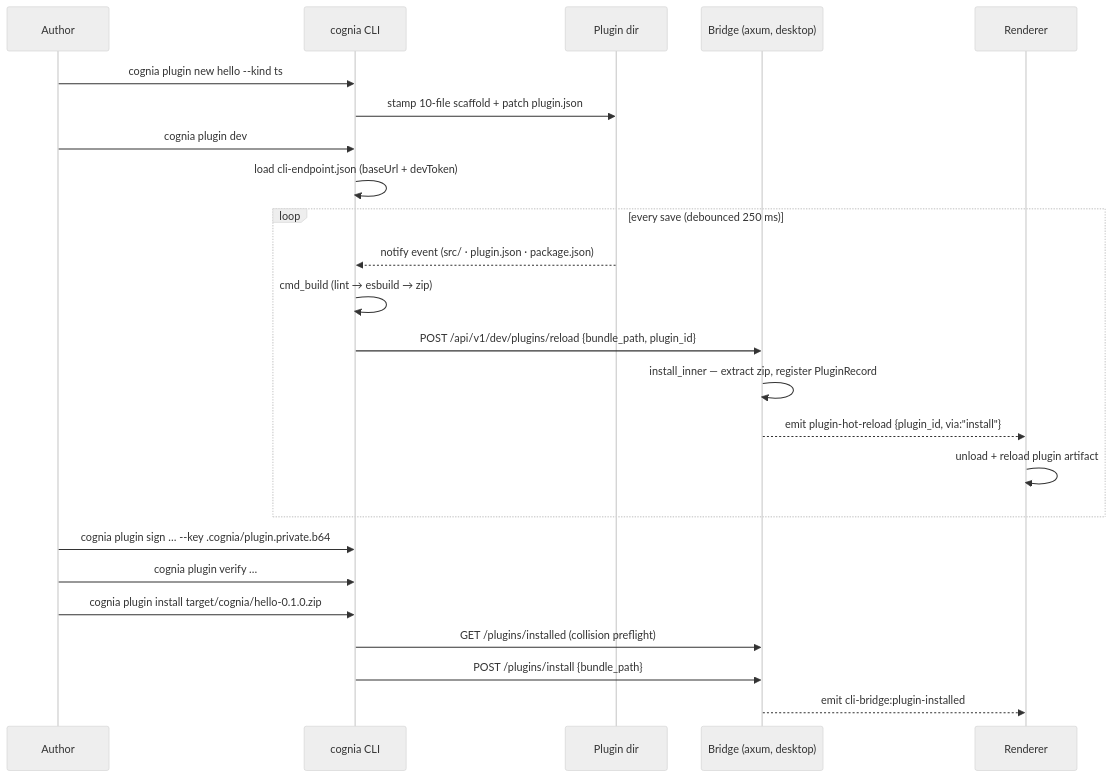
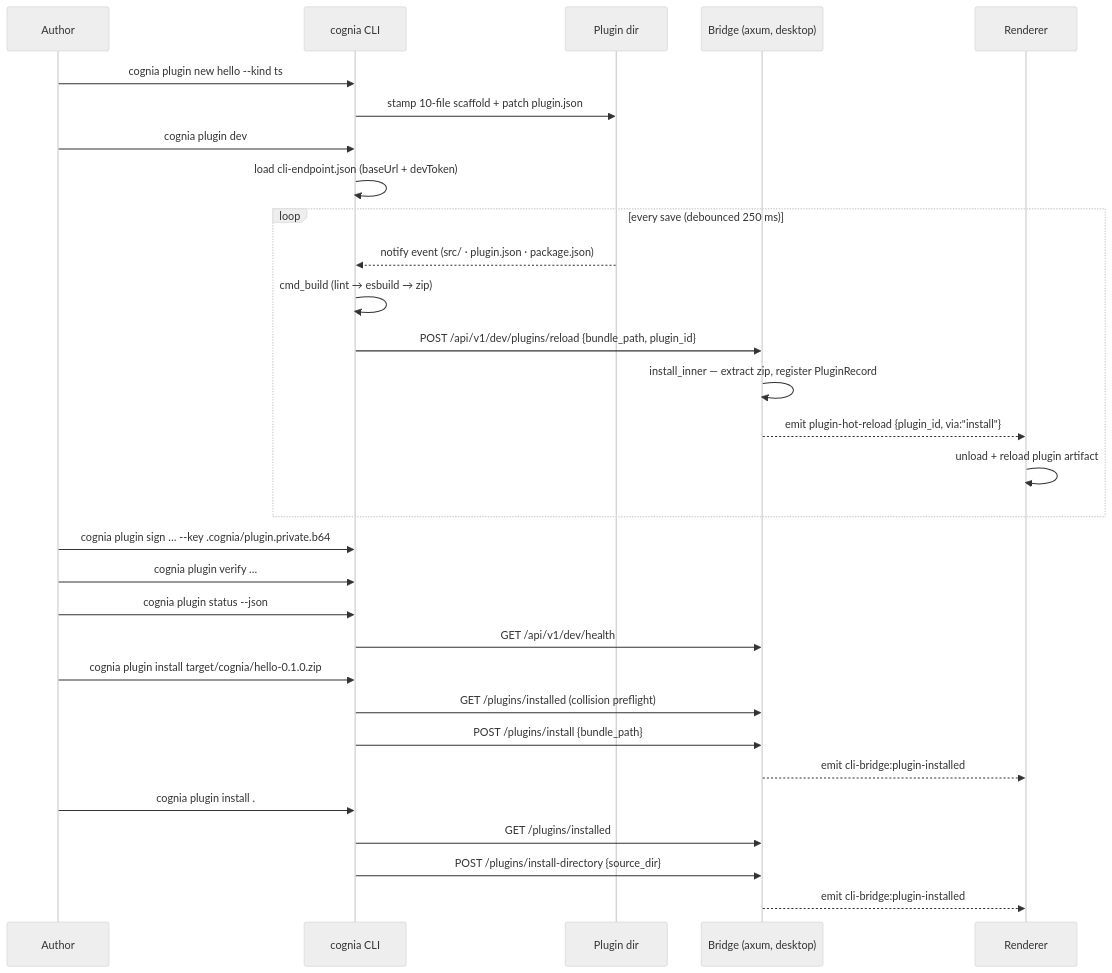
One commit to MaxQian888/cognia-next changed the second of 2 diagrams in docs/content/docs/zh/subsystems/cognia-cli/index.mdx. Above: the diagram before and after it, drawn with Mermaid (neutral theme). The commit also changed other lines of this file and 17 other files, not shown here.

````diff
--- a/docs/content/docs/zh/subsystems/cognia-cli/index.mdx
+++ b/docs/content/docs/zh/subsystems/cognia-cli/index.mdx
@@ -130,27 +138,33 @@
 ```mermaid
 sequenceDiagram
   participant A as Author
   participant C as cognia CLI
   participant FS as Plugin dir
   participant B as Bridge (axum, desktop)
   participant R as Renderer
 
   A->>C: cognia plugin new hello --kind ts
   C->>FS: stamp 10-file scaffold + patch plugin.json
   A->>C: cognia plugin dev
   C->>C: load cli-endpoint.json (baseUrl + devToken)
   loop every save (debounced 250 ms)
     FS-->>C: notify event (src/ · plugin.json · package.json)
     C->>C: cmd_build (lint → esbuild → zip)
     C->>B: POST /api/v1/dev/plugins/reload {bundle_path, plugin_id}
     B->>B: install_inner — extract zip, register PluginRecord
     B-->>R: emit plugin-hot-reload {plugin_id, via:"install"}
     R->>R: unload + reload plugin artifact
   end
   A->>C: cognia plugin sign … --key .cognia/plugin.private.b64
   A->>C: cognia plugin verify …
+  A->>C: cognia plugin status --json
+  C->>B: GET /api/v1/dev/health
   A->>C: cognia plugin install target/cognia/hello-0.1.0.zip
   C->>B: GET /plugins/installed (collision preflight)
   C->>B: POST /plugins/install {bundle_path}
   B-->>R: emit cli-bridge:plugin-installed
+  A->>C: cognia plugin install .
+  C->>B: GET /plugins/installed
+  C->>B: POST /plugins/install-directory {source_dir}
+  B-->>R: emit cli-bridge:plugin-installed
 ```
````
